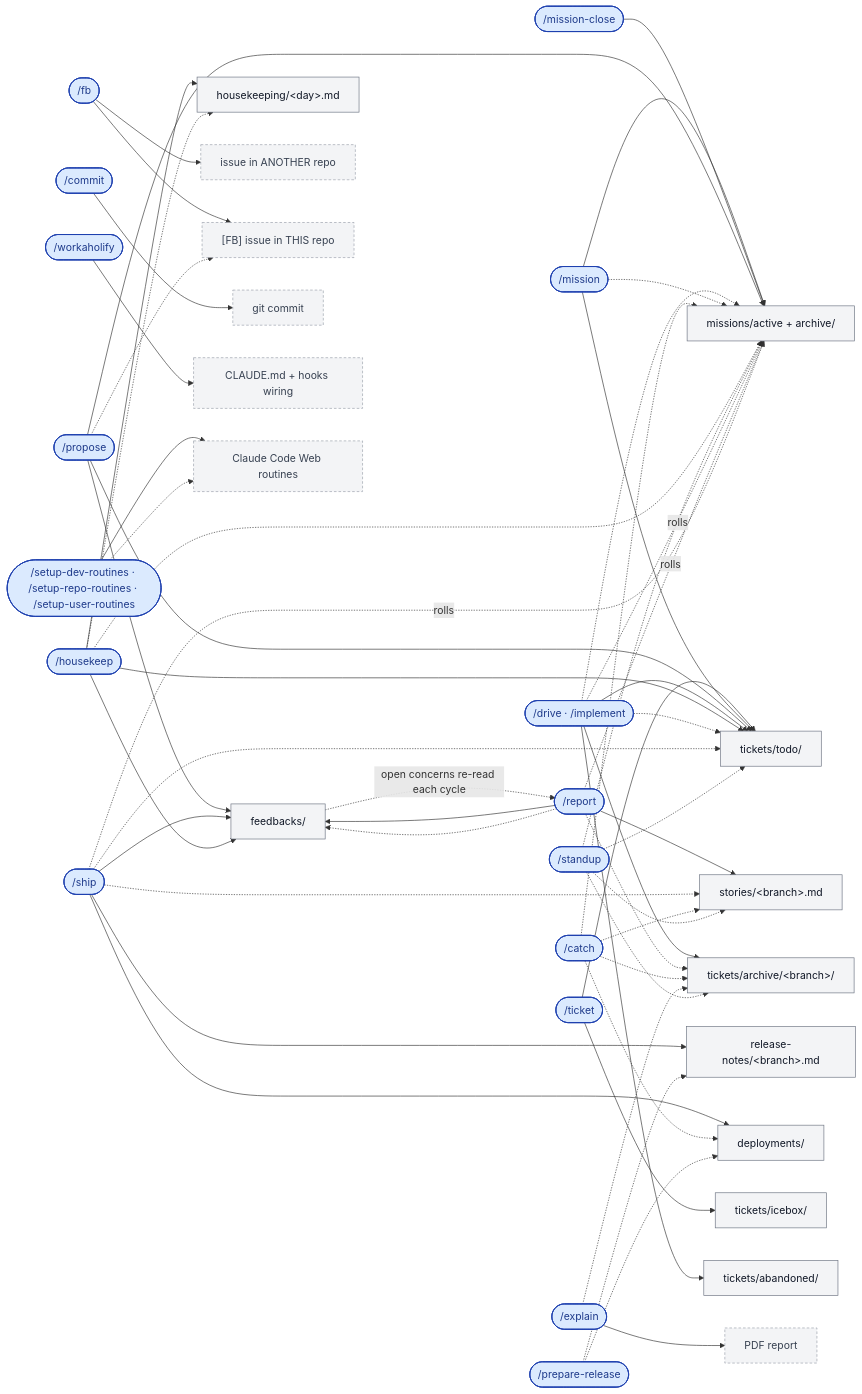
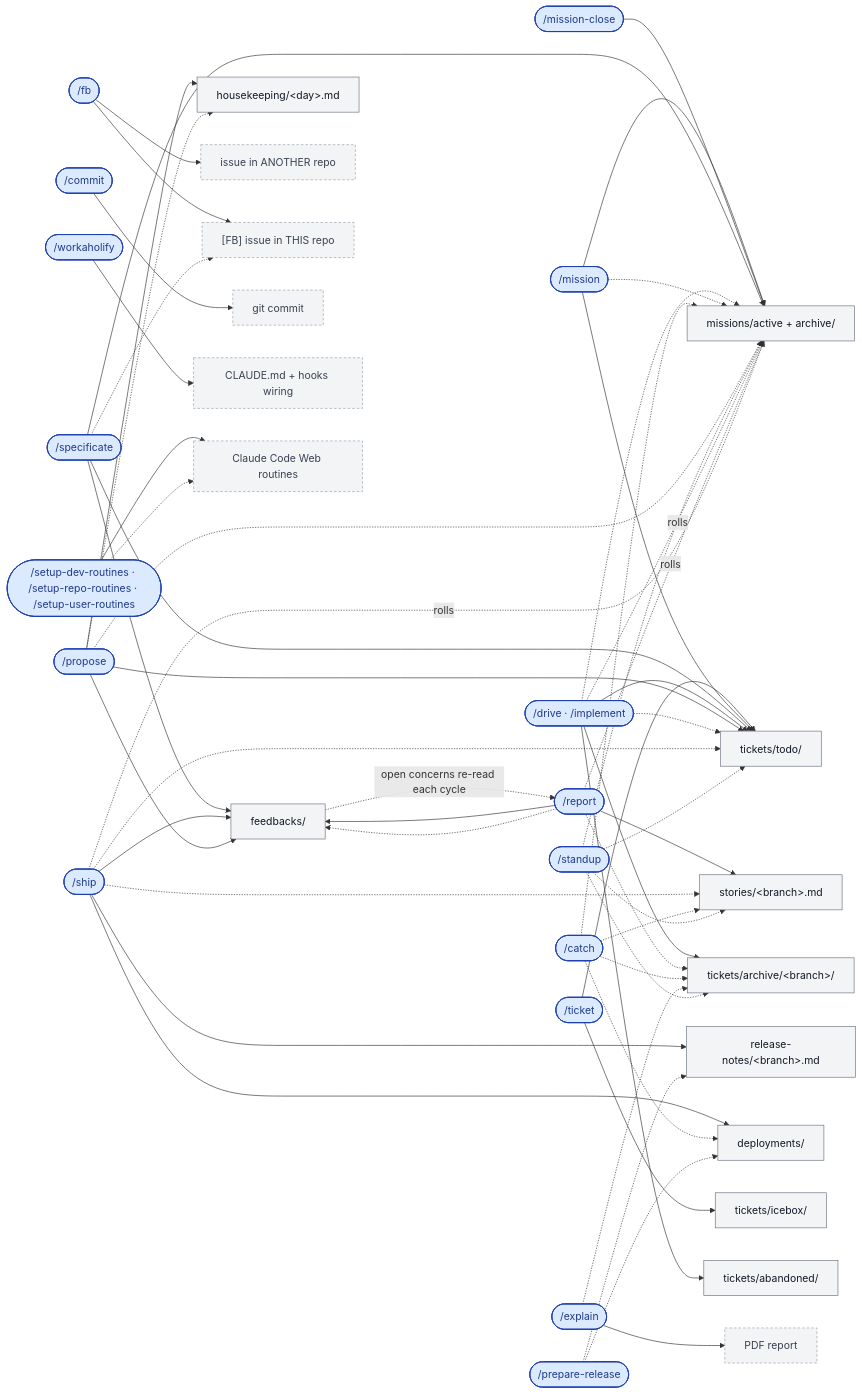
One commit to qmu/workaholic changed the fourth of 5 diagrams in README.md. Above: the diagram before and after it, drawn with Mermaid. The commit also changed other lines of this file and 195 other files, not shown here.

````diff
--- a/README.md
+++ b/README.md
@@ -309,7 +309,7 @@
   ticket(["/ticket"])
   mission(["/mission"])
   missionclose(["/mission-close"])
-  propose(["/propose"])
+  specificate(["/specificate"])
   feedback(["/fb"])
   drive(["/drive · /implement"])
   report(["/report"])
@@ -321,7 +321,7 @@
   setuproutines(["/setup-dev-routines · /setup-repo-routines · /setup-user-routines"])
   releasestatus(["/prepare-release"])
   standup(["/standup"])
-  housekeep(["/housekeep"])
+  propose(["/propose"])
 
   %% ---------- artifacts under .workaholic/ (grey) ----------
   TODO["tickets/todo/"]
@@ -351,9 +351,9 @@
   mission --> MIS
   mission --> TODO
   missionclose --> MIS
-  propose --> MIS
-  propose --> TODO
-  propose --> FBK
+  specificate --> MIS
+  specificate --> TODO
+  specificate --> FBK
   drive --> ARCH
   drive --> ABD
   drive --> TODO
@@ -362,9 +362,9 @@
   ship --> REL
   ship --> FBK
   ship --> DEP
-  housekeep --> HK
-  housekeep --> FBK
-  housekeep --> TODO
+  propose --> HK
+  propose --> FBK
+  propose --> TODO
   commit --> WT
   explain --> PDF
   workaholify --> CFG
@@ -373,7 +373,7 @@
   %% ========== reference: dashed arrow = reads / refers ==========
   drive -.-> TODO
   drive -.-> MIS
-  propose -.-> OWN
+  specificate -.-> OWN
   report -.-> ARCH
   report -.-> FBK
   ship -.-> STORY
@@ -385,8 +385,8 @@
   catch -.-> DEP
   explain -.-> ARCH
   setuproutines -.-> ROUT
-  housekeep -.-> MIS
-  housekeep -.-> HK
+  propose -.-> MIS
+  propose -.-> HK
   releasestatus -.-> DEP
   releasestatus -.-> REL
   standup -.-> TODO
@@ -406,7 +406,7 @@
   classDef cmd fill:#dbeafe,stroke:#1e40af,stroke-width:1.5px,color:#1e3a8a;
   classDef art fill:#f3f4f6,stroke:#6b7280,color:#111827;
   classDef ext fill:#f3f4f6,stroke:#9aa0aa,stroke-dasharray:4 3,color:#374151;
-  class ticket,mission,missionclose,propose,feedback,drive,report,ship,releasestatus,standup,housekeep,catch,commit,explain,workaholify,setuproutines cmd;
+  class ticket,mission,missionclose,specificate,feedback,drive,report,ship,releasestatus,standup,propose,catch,commit,explain,workaholify,setuproutines cmd;
   class TODO,ICE,ARCH,ABD,MIS,STORY,FBK,REL,DEP,HK art;
   class EXT,OWN,PDF,WT,CFG,ROUT ext;
 ```
````
